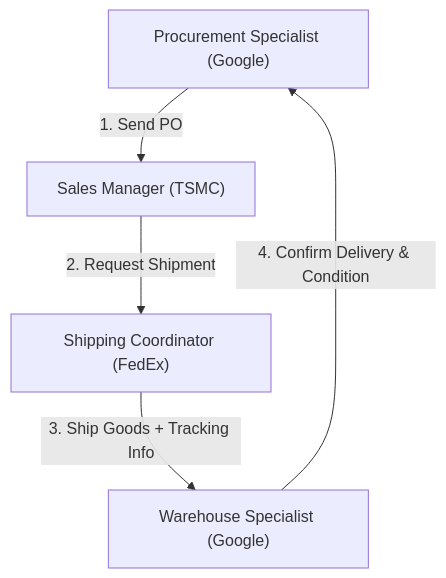
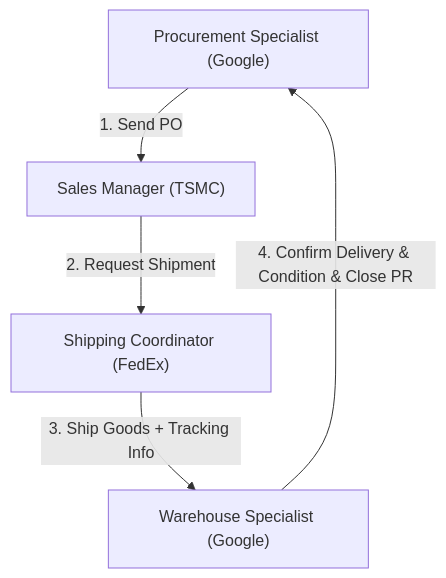
Before and after one commit to IsaacTai123/procurement_ecosystem: the fifth of 5 diagrams in README.md, drawn with Mermaid. The commit also changed other lines of this file, not shown here.

````diff
--- a/README.md
+++ b/README.md
@@ -134,14 +199,14 @@
 ```mermaid
 flowchart TD
     %% Google
     Procurement_Specialist["Procurement Specialist (Google)"] -->|1. Send PO| Sales_Manager["Sales Manager (TSMC)"]
 
     %% TSMC to FedEx
     Sales_Manager -->|2. Request Shipment| Shipping_Coordinator["Shipping Coordinator (FedEx)"]
 
     %% FedEx to Google
     Shipping_Coordinator -->|3. Ship Goods + Tracking Info| Warehouse_Specialist["Warehouse Specialist (Google)"]
 
     %% Google Internal Confirmation
-    Warehouse_Specialist -->|4. Confirm Delivery & Condition| Procurement_Specialist
+    Warehouse_Specialist -->|4. Confirm Delivery & Condition & Close PR| Procurement_Specialist
 ```
````
